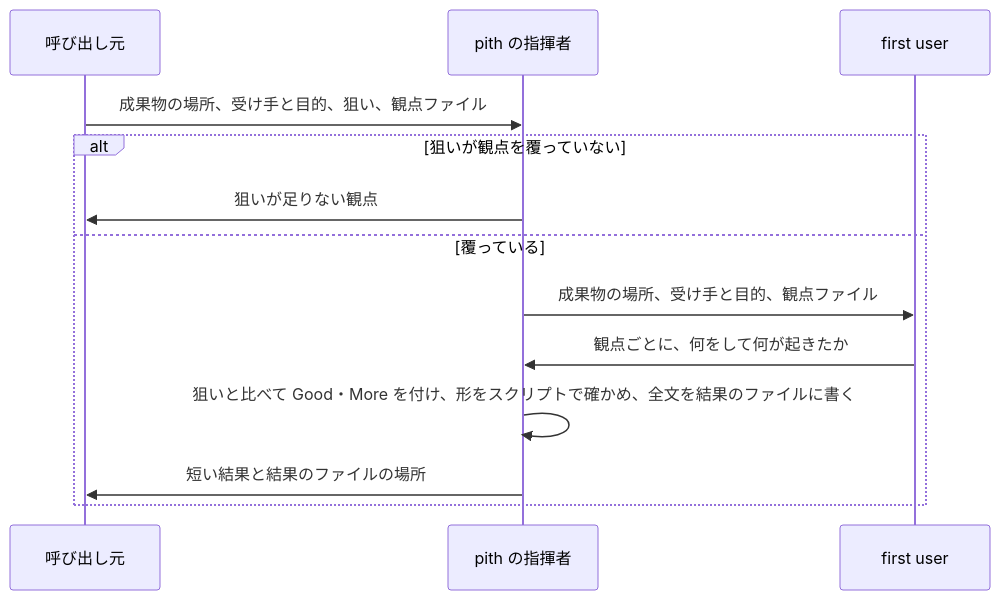
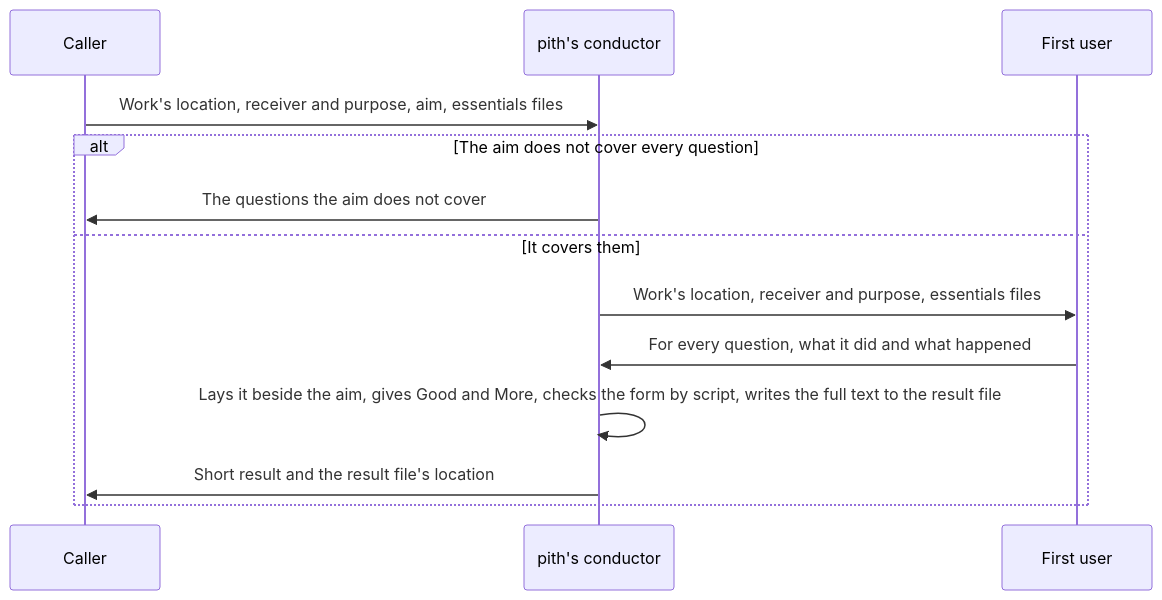
Before and after one commit to lovaizu/ccpm: the fourth of 4 diagrams in writ/docs/design.md, drawn with Mermaid. The commit also changed other lines of this file and 5 other files, not shown here.

````diff
--- a/writ/docs/design.md
+++ b/writ/docs/design.md
@@ -287,15 +287,15 @@
 ```mermaid
 sequenceDiagram
-  participant C as 呼び出し元
-  participant PC as pith の指揮者
-  participant FU as first user
-  C->>PC: 成果物の場所、受け手と目的、狙い、観点ファイル
-  alt 狙いが観点を覆っていない
-    PC->>C: 狙いが足りない観点
-  else 覆っている
-    PC->>FU: 成果物の場所、受け手と目的、観点ファイル
-    FU->>PC: 観点ごとに、何をして何が起きたか
-    PC->>PC: 狙いと比べて Good・More を付け、形をスクリプトで確かめ、全文を結果のファイルに書く
-    PC->>C: 短い結果と結果のファイルの場所
+  participant C as Caller
+  participant PC as pith's conductor
+  participant FU as First user
+  C->>PC: Work's location, receiver and purpose, aim, essentials files
+  alt The aim does not cover every question
+    PC->>C: The questions the aim does not cover
+  else It covers them
+    PC->>FU: Work's location, receiver and purpose, essentials files
+    FU->>PC: For every question, what it did and what happened
+    PC->>PC: Lays it beside the aim, gives Good and More, checks the form by script, writes the full text to the result file
+    PC->>C: Short result and the result file's location
   end
 ```
````
